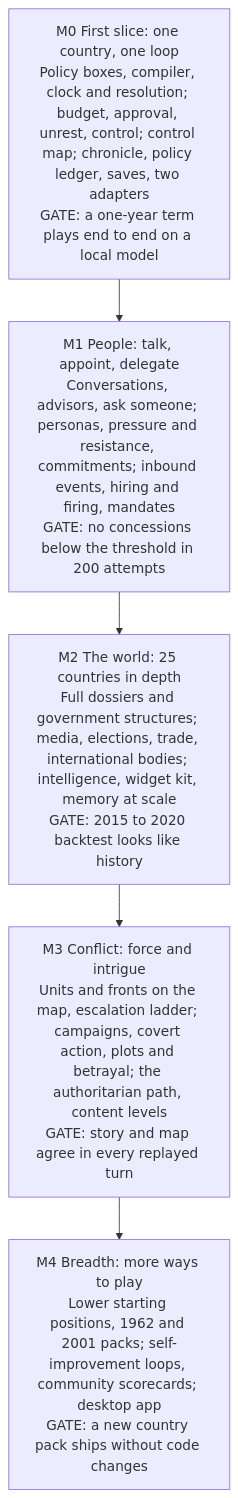
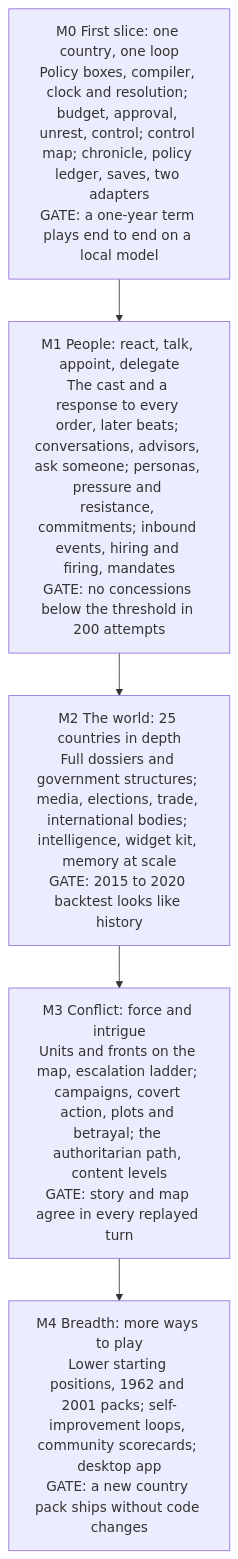
One commit to isheikh8492/StateCraft changed the fourth of 4 diagrams in docs/spec/00-overview.md. Above: the diagram before and after it, drawn with Mermaid. The commit also changed other lines of this file and 9 other files, not shown here.

````diff
--- a/docs/spec/00-overview.md
+++ b/docs/spec/00-overview.md
@@ -835,9 +912,9 @@
 ```mermaid
 flowchart TB
   M0["M0 First slice: one country, one loop<br/>Policy boxes, compiler, clock and resolution; budget, approval, unrest, control; control map; chronicle, policy ledger, saves, two adapters<br/>GATE: a one-year term plays end to end on a local model"]
-  M1["M1 People: talk, appoint, delegate<br/>Conversations, advisors, ask someone; personas, pressure and resistance, commitments; inbound events, hiring and firing, mandates<br/>GATE: no concessions below the threshold in 200 attempts"]
+  M1["M1 People: react, talk, appoint, delegate<br/>The cast and a response to every order, later beats; conversations, advisors, ask someone; personas, pressure and resistance, commitments; inbound events, hiring and firing, mandates<br/>GATE: no concessions below the threshold in 200 attempts"]
   M2["M2 The world: 25 countries in depth<br/>Full dossiers and government structures; media, elections, trade, international bodies; intelligence, widget kit, memory at scale<br/>GATE: 2015 to 2020 backtest looks like history"]
   M3["M3 Conflict: force and intrigue<br/>Units and fronts on the map, escalation ladder; campaigns, covert action, plots and betrayal; the authoritarian path, content levels<br/>GATE: story and map agree in every replayed turn"]
   M4["M4 Breadth: more ways to play<br/>Lower starting positions, 1962 and 2001 packs; self-improvement loops, community scorecards; desktop app<br/>GATE: a new country pack ships without code changes"]
   M0 --> M1 --> M2 --> M3 --> M4
 ```
````
